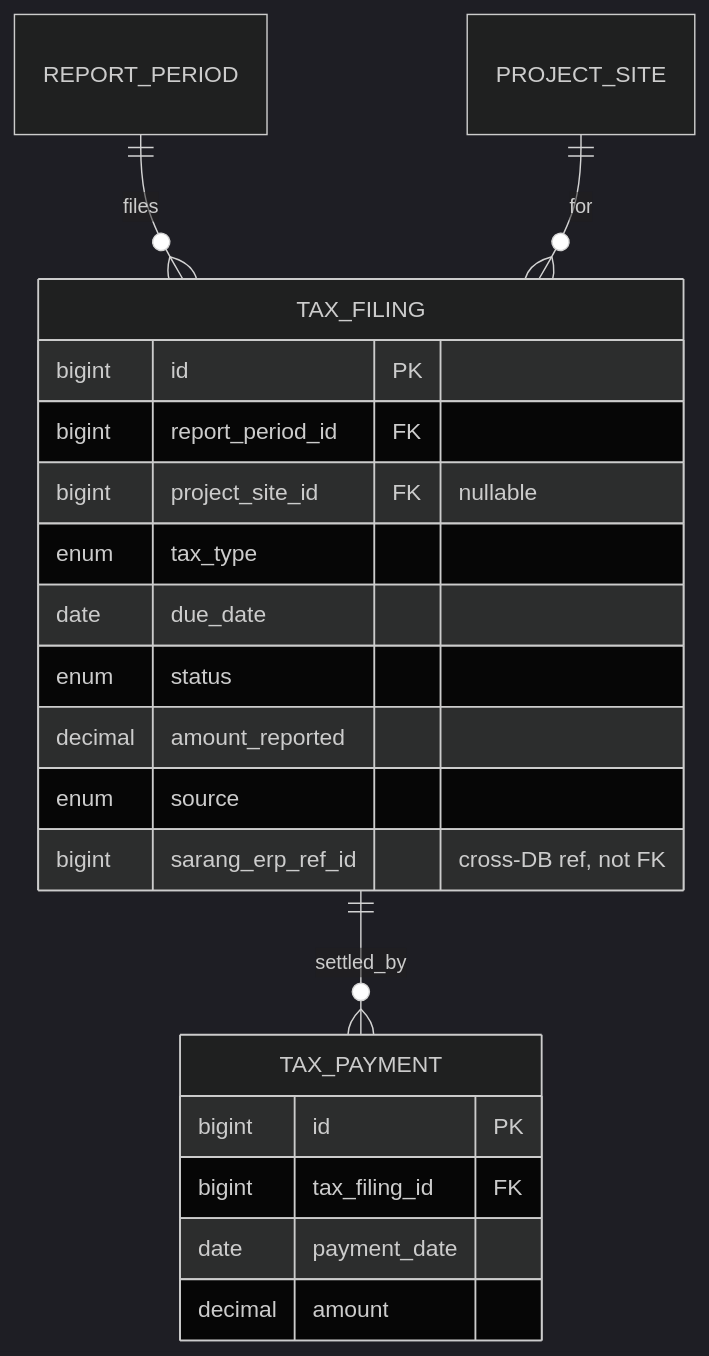
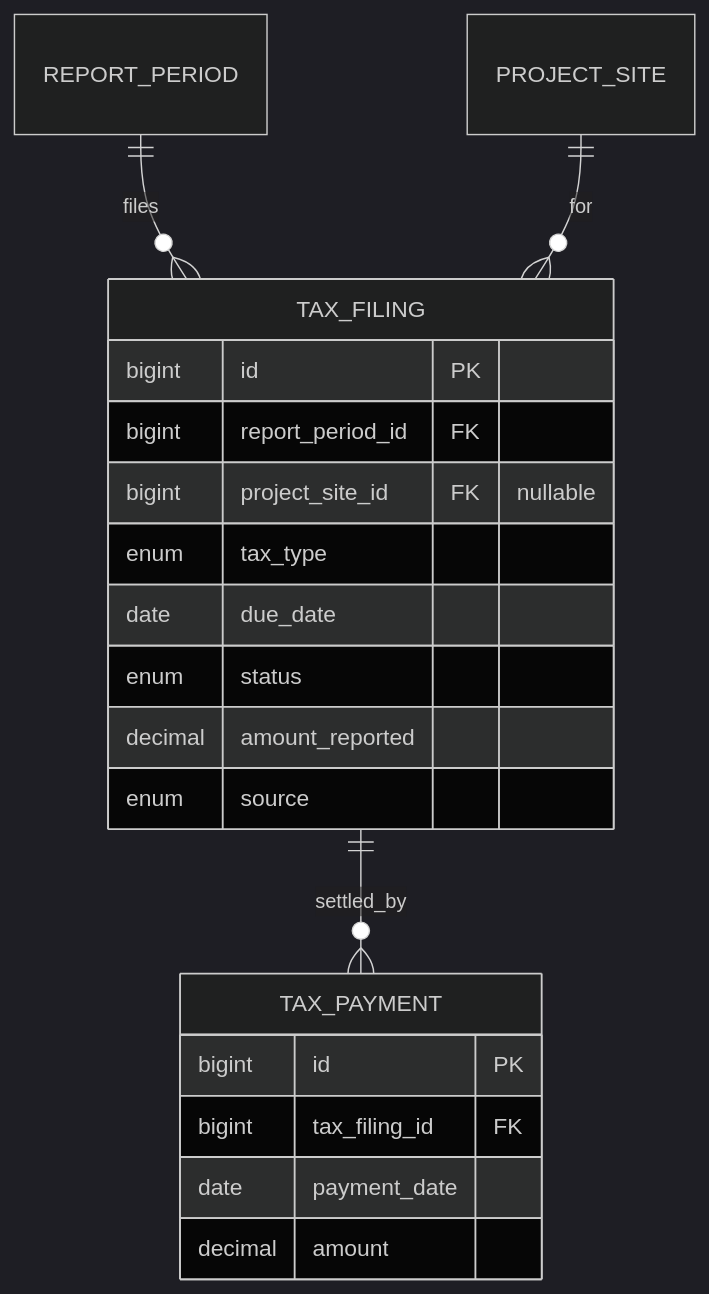
One commit to rachmanj/inhouse-pnl changed the sixth of 10 diagrams in docs/plan.md. Above: the diagram before and after it, drawn with Mermaid (dark theme). The commit also changed other lines of this file and 8 other files, not shown here.

First line of the commit message:
chore: drop sarang-erp integration — ArkaLedger is standalone

````diff
--- a/docs/plan.md
+++ b/docs/plan.md
@@ -1799,24 +1784,23 @@
 ```mermaid
 erDiagram
     REPORT_PERIOD ||--o{ TAX_FILING : files
     PROJECT_SITE ||--o{ TAX_FILING : for
     TAX_FILING ||--o{ TAX_PAYMENT : settled_by
 
     TAX_FILING {
         bigint id PK
         bigint report_period_id FK
         bigint project_site_id FK "nullable"
         enum tax_type
         date due_date
         enum status
         decimal amount_reported
         enum source
-        bigint sarang_erp_ref_id "cross-DB ref, not FK"
     }
     TAX_PAYMENT {
         bigint id PK
         bigint tax_filing_id FK
         date payment_date
         decimal amount
     }
 ```
````
